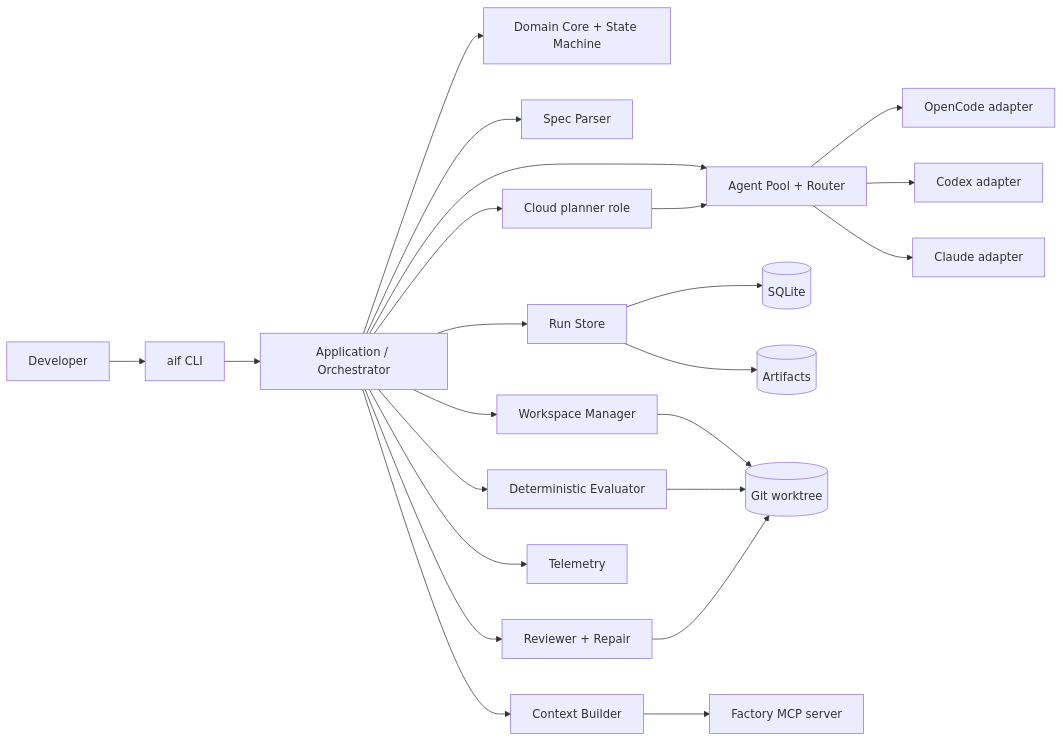
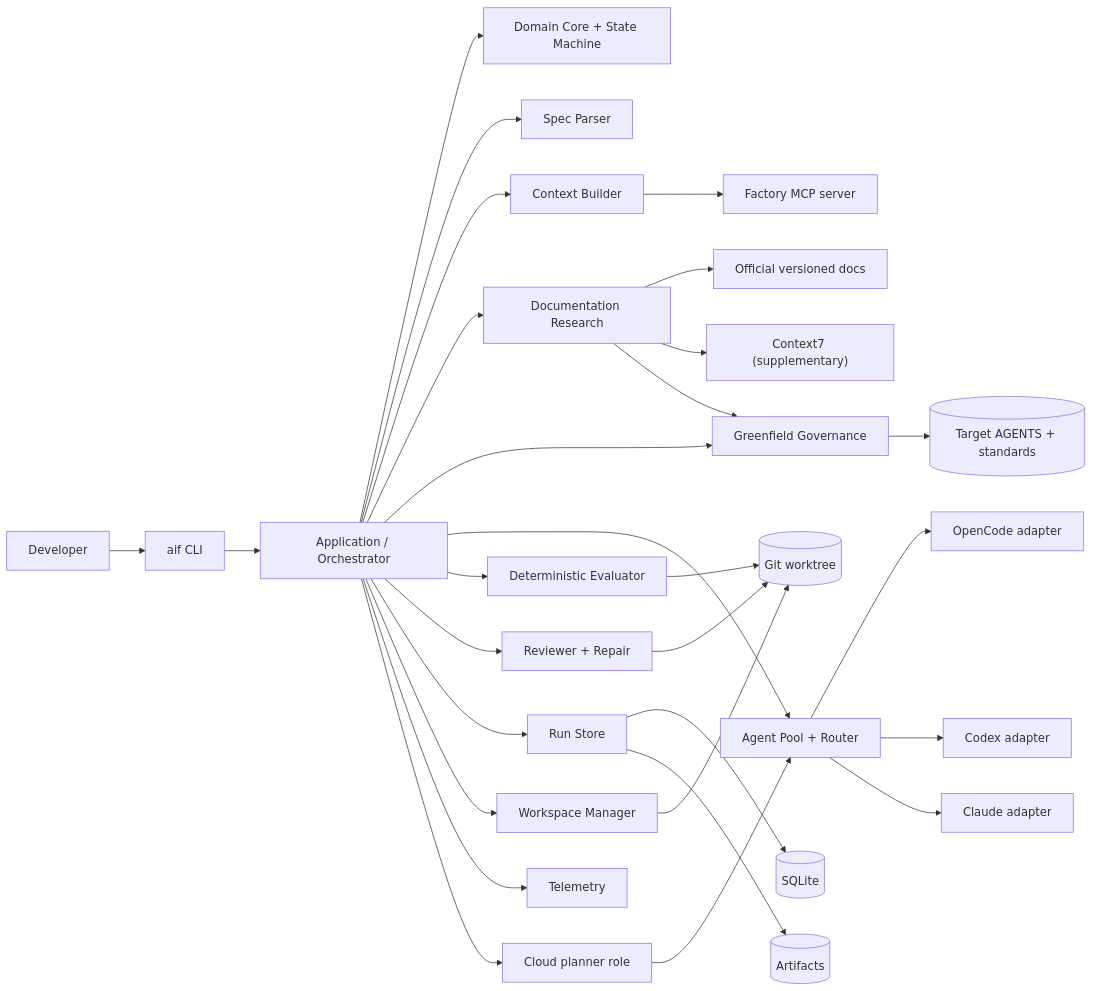
The first of 6 diagrams in docs/planejamento/plan.md (douggomes/ai-software-factory), drawn with Mermaid before and after one commit. The commit also changed other lines of this file and 6 other files, not shown here.

Commit message:
docs: plan trusted research and greenfield governance

````diff
--- a/docs/planejamento/plan.md
+++ b/docs/planejamento/plan.md
@@ -80,25 +84,31 @@
 ```mermaid
 flowchart LR
     User["Developer"] --> CLI["aif CLI"]
     CLI --> App["Application / Orchestrator"]
     App --> Core["Domain Core + State Machine"]
     App --> Spec["Spec Parser"]
     App --> Context["Context Builder"]
+    App --> Docs["Documentation Research"]
+    App --> Governance["Greenfield Governance"]
     App --> Pool["Agent Pool + Router"]
     App --> Eval["Deterministic Evaluator"]
     App --> Review["Reviewer + Repair"]
     App --> Persist["Run Store"]
     App --> Workspace["Workspace Manager"]
     App --> Telemetry["Telemetry"]
     Pool --> OpenCode["OpenCode adapter"]
     Pool --> Codex["Codex adapter"]
     Pool --> Claude["Claude adapter"]
     App --> Planner["Cloud planner role"]
     Planner --> Pool
     Persist --> SQLite[("SQLite")]
     Persist --> Artifacts[("Artifacts")]
     Workspace --> Worktree[("Git worktree")]
     Context --> MCP["Factory MCP server"]
+    Docs --> Official["Official versioned docs"]
+    Docs --> Context7["Context7 (supplementary)"]
+    Governance --> TargetRules[("Target AGENTS + standards")]
+    Docs --> Governance
     Eval --> Worktree
     Review --> Worktree
 ```
````
